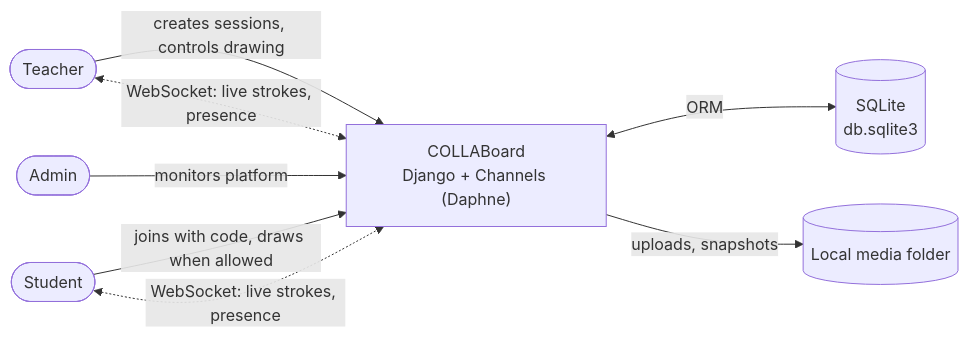
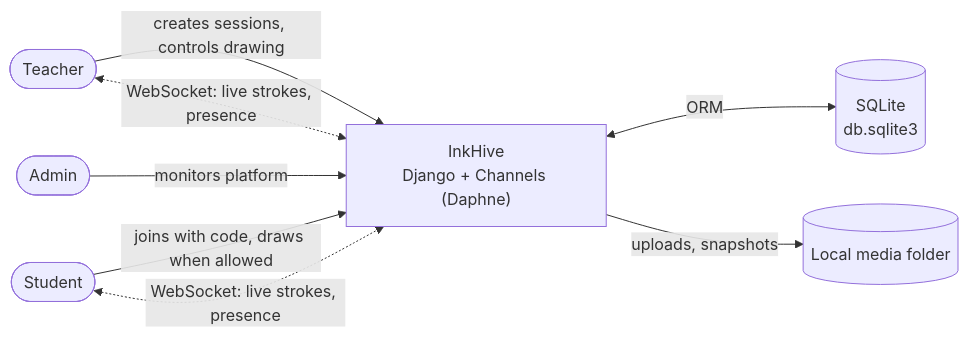
One commit to thatguyKire/InkHive changed the diagram in docs/README.md. Above: the diagram before and after it, drawn with Mermaid. The commit also changed other lines of this file and 96 other files, not shown here.

First line of the commit message:
Rename to InkHive, replace icons with own artwork, fix backup promise

````diff
--- a/docs/README.md
+++ b/docs/README.md
@@ -27,9 +27,9 @@
 ```mermaid
 flowchart LR
     T([Teacher]) -->|creates sessions, controls drawing| W
     S([Student]) -->|joins with code, draws when allowed| W
     A([Admin]) -->|monitors platform| W
-    W["COLLABoard<br/>Django + Channels (Daphne)"] <-->|ORM| DB[("SQLite<br/>db.sqlite3")]
+    W["InkHive<br/>Django + Channels (Daphne)"] <-->|ORM| DB[("SQLite<br/>db.sqlite3")]
     W -->|uploads, snapshots| ST[("Local media folder")]
     T & S <-.->|"WebSocket: live strokes, presence"| W
 ```
````
